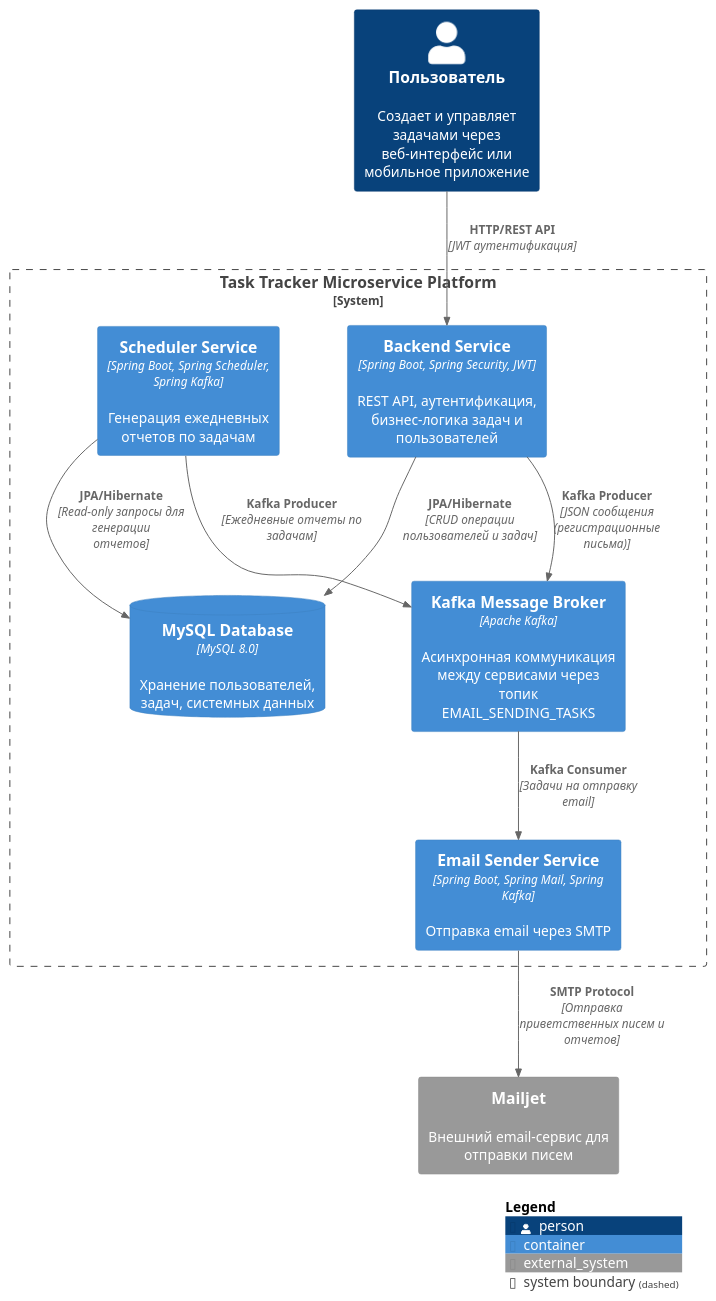
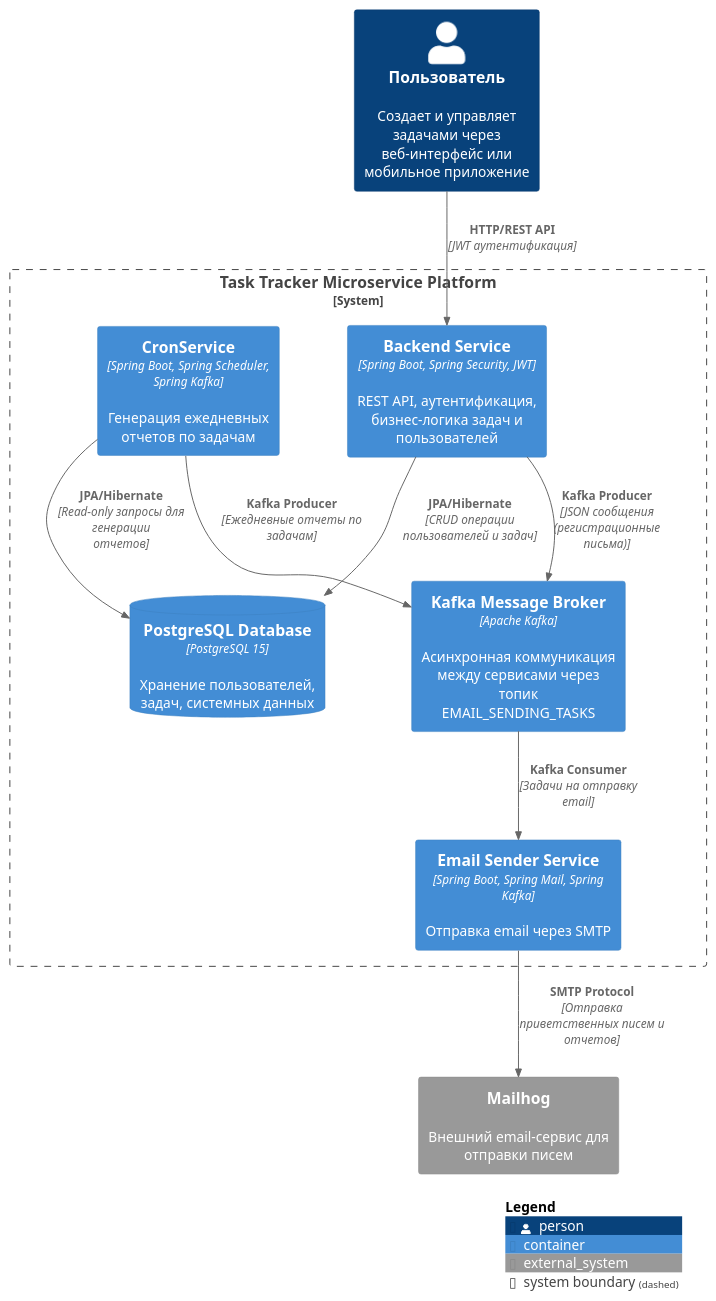
Before and after one commit to mrBlareses/task-tracker: the diagram in diagrams/context.puml, drawn with PlantUML. The commit also changed 9 other files, not shown here.

```diff
--- a/diagrams/context.puml
+++ b/diagrams/context.puml
@@ -1,52 +1,52 @@
 @startuml TaskTrackerArchitecture
 !includeurl https://raw.githubusercontent.com/plantuml-stdlib/C4-PlantUML/master/C4_Container.puml
 
 ' Акторы
 Person(user, "Пользователь", "Создает и управляет задачами через веб-интерфейс или мобильное приложение")
 
 ' Внешние системы
-System_Ext(mailjet, "Mailjet", "Внешний email-сервис для отправки писем")
+System_Ext(mailhog, "Mailhog", "Внешний email-сервис для отправки писем")
 
 System_Boundary(System_TaskTracker, "Task Tracker Microservice Platform") {
 
   ' Основной бэкенд сервис
   Container(backend, "Backend Service", "Spring Boot, Spring Security, JWT", "REST API, аутентификация, бизнес-логика задач и пользователей")
 
   ' Сервисы фоновых процессов
-  Container(scheduler, "Scheduler Service", "Spring Boot, Spring Scheduler, Spring Kafka", "Генерация ежедневных отчетов по задачам")
+  Container(CronService, "CronService", "Spring Boot, Spring Scheduler, Spring Kafka", "Генерация ежедневных отчетов по задачам")
   Container(email_sender, "Email Sender Service", "Spring Boot, Spring Mail, Spring Kafka", "Отправка email через SMTP")
 
   ' Базы данных
-  ContainerDb(mysql, "MySQL Database", "MySQL 8.0", "Хранение пользователей, задач, системных данных")
+  ContainerDb(PostgreSQL, "PostgreSQL Database", "PostgreSQL 15", "Хранение пользователей, задач, системных данных")
 
   ' Брокер сообщений
   Container(kafka, "Kafka Message Broker", "Apache Kafka", "Асинхронная коммуникация между сервисами через топик EMAIL_SENDING_TASKS")
 }
 
 ' Взаимодействия
 
 ' Пользователь взаимодействует с бэкендом
 Rel(user, backend, "HTTP/REST API", "JWT аутентификация")
 
 ' Бэкенд работает с базой данных
-Rel(backend, mysql, "JPA/Hibernate", "CRUD операции пользователей и задач")
+Rel(backend, PostgreSQL, "JPA/Hibernate", "CRUD операции пользователей и задач")
 
 ' Бэкенд отправляет события в Kafka
 Rel(backend, kafka, "Kafka Producer", "JSON сообщения (регистрационные письма)")
 
 ' Планировщик читает данные для отчетов
-Rel(scheduler, mysql, "JPA/Hibernate", "Read-only запросы для генерации отчетов")
+Rel(CronService, PostgreSQL, "JPA/Hibernate", "Read-only запросы для генерации отчетов")
 
 ' Планировщик отправляет отчеты в Kafka
-Rel(scheduler, kafka, "Kafka Producer", "Ежедневные отчеты по задачам")
+Rel(CronService, kafka, "Kafka Producer", "Ежедневные отчеты по задачам")
 
 ' Email сервис потребляет задачи из Kafka
 Rel(kafka, email_sender, "Kafka Consumer", "Задачи на отправку email")
 
 ' Email сервис отправляет письма через Mailjet
-Rel(email_sender, mailjet, "SMTP Protocol", "Отправка приветственных писем и отчетов")
+Rel(email_sender, mailhog, "SMTP Protocol", "Отправка приветственных писем и отчетов")
 
 ' Легенда
 SHOW_LEGEND()
 
 @enduml
```
